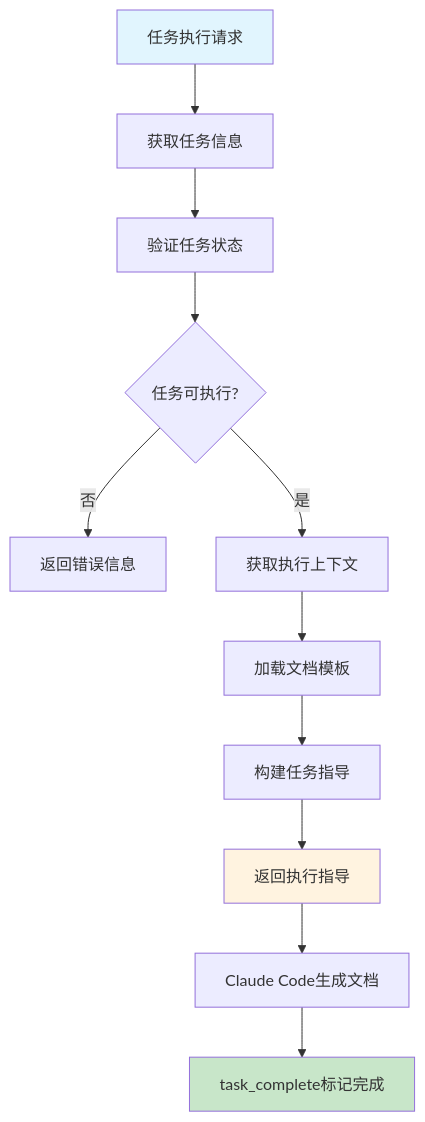
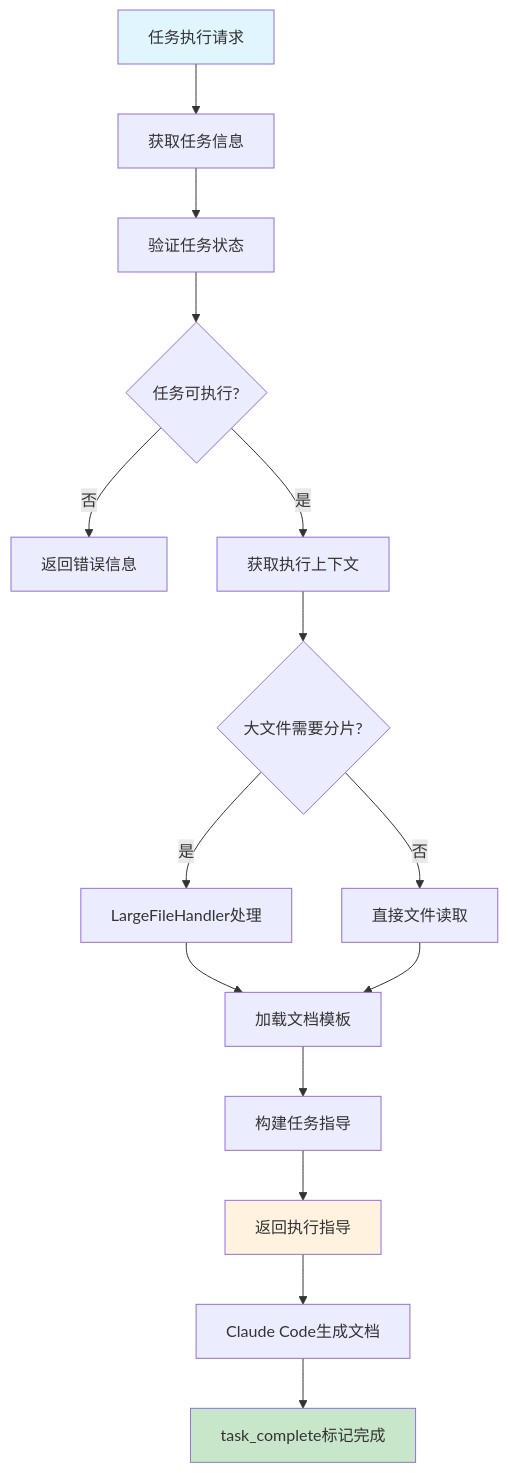
One commit to MGX-LJY/CodeLens changed the ninth of 15 diagrams in docs/architecture/data-flow.md. Above: the diagram before and after it, drawn with Mermaid. The commit also changed other lines of this file and 36 other files, not shown here.

````diff
--- a/docs/architecture/data-flow.md
+++ b/docs/architecture/data-flow.md
@@ -309,17 +357,21 @@
 ```mermaid
 graph TD
     A[任务执行请求] --> B[获取任务信息]
     B --> C[验证任务状态]
     C --> D{任务可执行?}
     D -->|否| E[返回错误信息]
     D -->|是| F[获取执行上下文]
-    F --> G[加载文档模板]
-    G --> H[构建任务指导]
-    H --> I[返回执行指导]
-    I --> J[Claude Code生成文档]
-    J --> K[task_complete标记完成]
+    F --> G{大文件需要分片?}
+    G -->|是| H[LargeFileHandler处理]
+    G -->|否| I[直接文件读取]
+    H --> J[加载文档模板]
+    I --> J
+    J --> K[构建任务指导]
+    K --> L[返回执行指导]
+    L --> M[Claude Code生成文档]
+    M --> N[task_complete标记完成]
     
     style A fill:#e1f5fe
-    style I fill:#fff3e0
-    style K fill:#c8e6c9
+    style L fill:#fff3e0
+    style N fill:#c8e6c9
 ```
````
